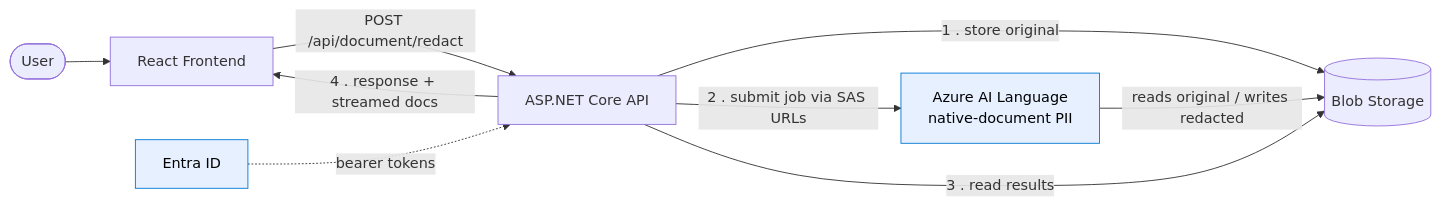
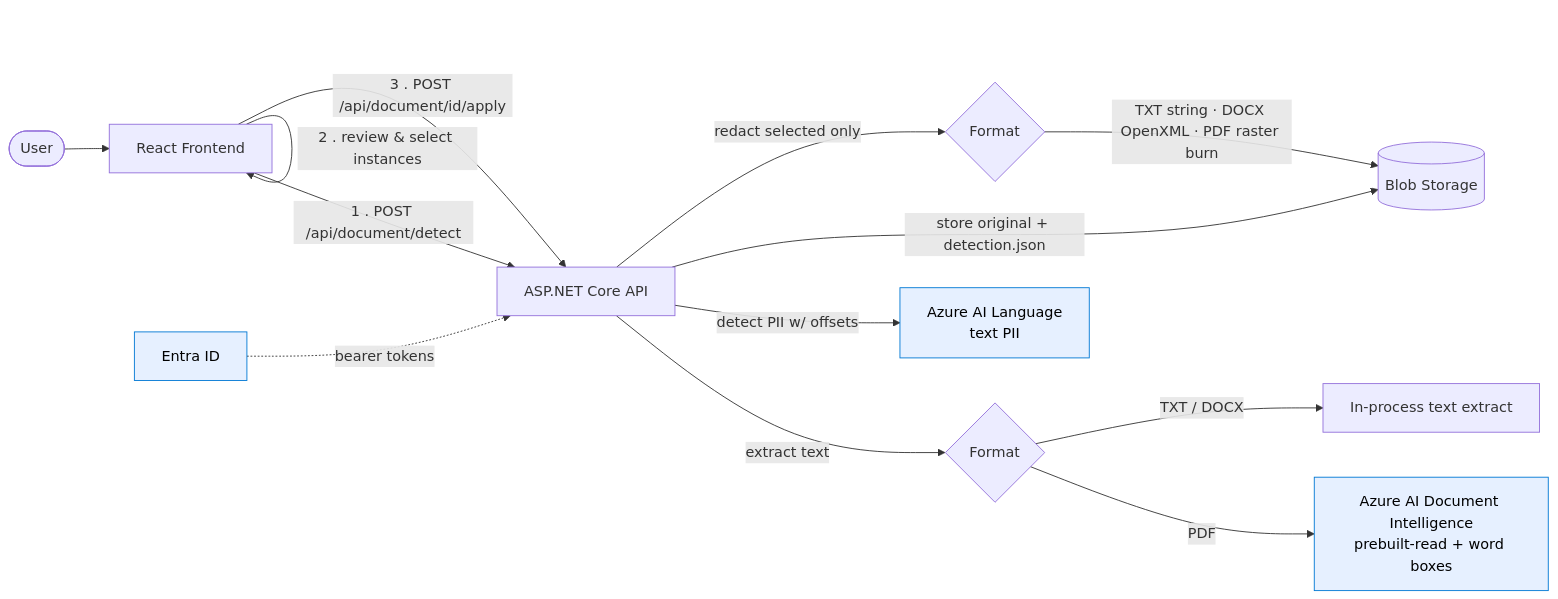
Before and after one commit to dbruun/hhsc-document-redaction: the diagram in README.md, drawn with Mermaid. The commit also changed other lines of this file and 31 other files, not shown here.

First line of the commit message:
Interactive select-then-redact: per-instance PII review and format-preserving redaction

````diff
--- a/README.md
+++ b/README.md
@@ -7,16 +7,19 @@
 ```mermaid
 flowchart LR
     User([User]) --> FE[React Frontend]
-    FE -->|POST /api/document/redact| API[ASP.NET Core API]
-
-    API -->|1 . store original| Blob[(Blob Storage)]
-    API -->|2 . submit job via SAS URLs| Lang[Azure AI Language<br/>native-document PII]
-    Lang -->|reads original / writes redacted| Blob
-    API -->|3 . read results| Blob
-    API -->|4 . response + streamed docs| FE
+    FE -->|1 . POST /api/document/detect| API[ASP.NET Core API]
+    API -->|extract text| Ext{Format}
+    Ext -->|PDF| DI[Azure AI Document Intelligence<br/>prebuilt-read + word boxes]
+    Ext -->|TXT / DOCX| Local[In-process text extract]
+    API -->|detect PII w/ offsets| Lang[Azure AI Language<br/>text PII]
+    API -->|store original + detection.json| Blob[(Blob Storage)]
+    FE -->|2 . review & select instances| FE
+    FE -->|3 . POST /api/document/id/apply| API
+    API -->|redact selected only| Burn{Format}
+    Burn -->|TXT string · DOCX OpenXML · PDF raster burn| Blob
 
     Auth[Entra ID] -.->|bearer tokens| API
 
     classDef az fill:#e6f0ff,stroke:#0078d4,color:#000
-    class Lang,Auth az
+    class Lang,DI,Auth az
 ```
````
